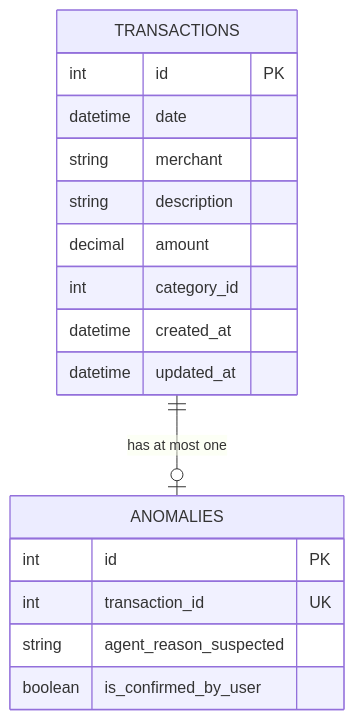
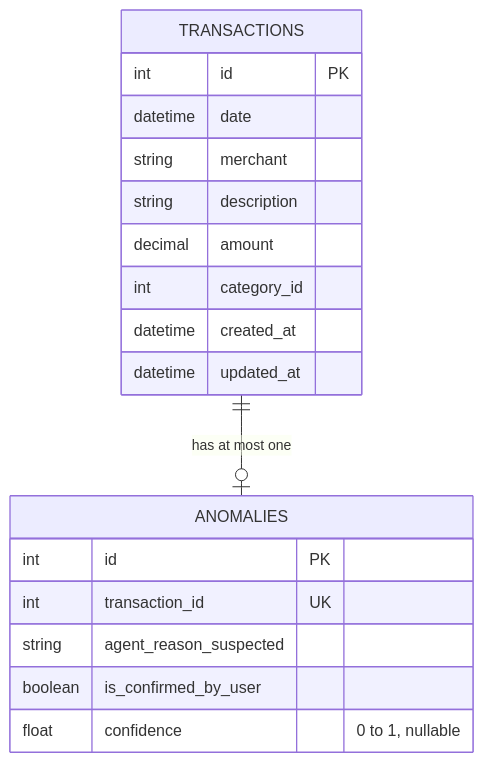
One commit to David-S-22/ASD-Spring-2026 changed the second of 3 diagrams in aiden/database/README.md. Above: the diagram before and after it, drawn with Mermaid. The commit also changed other lines of this file and 5 other files, not shown here.

````diff
--- a/aiden/database/README.md
+++ b/aiden/database/README.md
@@ -83,22 +87,23 @@
 ```mermaid
 erDiagram
     TRANSACTIONS ||--o| ANOMALIES : "has at most one"
 
     TRANSACTIONS {
         int id PK
         datetime date
         string merchant
         string description
         decimal amount
         int category_id
         datetime created_at
         datetime updated_at
     }
 
     ANOMALIES {
         int id PK
         int transaction_id UK
         string agent_reason_suspected
         boolean is_confirmed_by_user
+        float confidence "0 to 1, nullable"
     }
 ```
````
